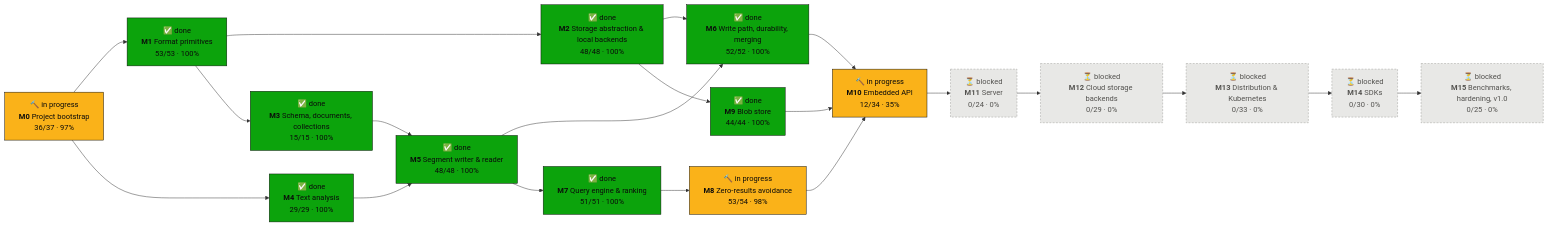
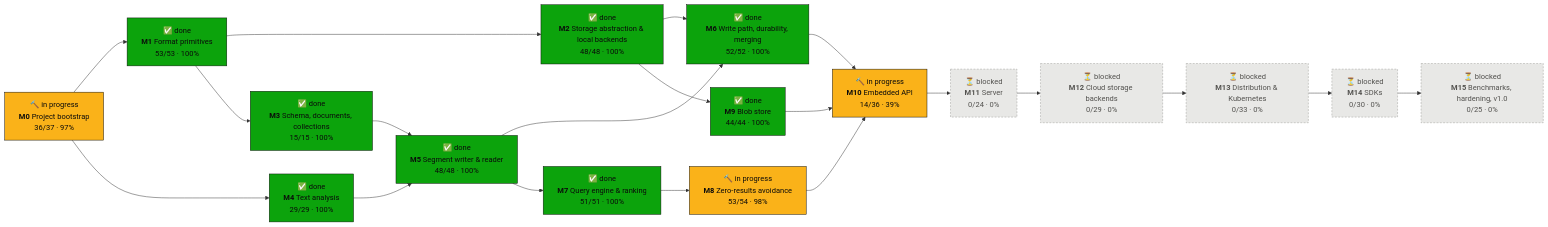
One commit to tomiok/persiaDB changed the first of 2 diagrams in PROGRESS.md. Above: the diagram before and after it, drawn with Mermaid. The commit also changed other lines of this file and 25 other files, not shown here.

First line of the commit message:
CLI: stats, compact, dump documents and bench (ROADMAP 10.4.1, 10.4.3) (#126)

````diff
--- a/PROGRESS.md
+++ b/PROGRESS.md
@@ -16,42 +16,42 @@
 ```mermaid
 flowchart LR
   M0["🔨 in progress<br/><b>M0</b> Project bootstrap<br/>36/37 · 97%"]:::doing
   M1["✅ done<br/><b>M1</b> Format primitives<br/>53/53 · 100%"]:::done
   M2["✅ done<br/><b>M2</b> Storage abstraction & local backends<br/>48/48 · 100%"]:::done
   M3["✅ done<br/><b>M3</b> Schema, documents, collections<br/>15/15 · 100%"]:::done
   M4["✅ done<br/><b>M4</b> Text analysis<br/>29/29 · 100%"]:::done
   M5["✅ done<br/><b>M5</b> Segment writer & reader<br/>48/48 · 100%"]:::done
   M6["✅ done<br/><b>M6</b> Write path, durability, merging<br/>52/52 · 100%"]:::done
   M7["✅ done<br/><b>M7</b> Query engine & ranking<br/>51/51 · 100%"]:::done
   M8["🔨 in progress<br/><b>M8</b> Zero-results avoidance<br/>53/54 · 98%"]:::doing
   M9["✅ done<br/><b>M9</b> Blob store<br/>44/44 · 100%"]:::done
-  M10["🔨 in progress<br/><b>M10</b> Embedded API<br/>12/34 · 35%"]:::doing
+  M10["🔨 in progress<br/><b>M10</b> Embedded API<br/>14/36 · 39%"]:::doing
   M11["⏳ blocked<br/><b>M11</b> Server<br/>0/24 · 0%"]:::blocked
   M12["⏳ blocked<br/><b>M12</b> Cloud storage backends<br/>0/29 · 0%"]:::blocked
   M13["⏳ blocked<br/><b>M13</b> Distribution & Kubernetes<br/>0/33 · 0%"]:::blocked
   M14["⏳ blocked<br/><b>M14</b> SDKs<br/>0/30 · 0%"]:::blocked
   M15["⏳ blocked<br/><b>M15</b> Benchmarks, hardening, v1.0<br/>0/25 · 0%"]:::blocked
   M0 --> M1
   M1 --> M2
   M1 --> M3
   M0 --> M4
   M3 --> M5
   M4 --> M5
   M2 --> M6
   M5 --> M6
   M5 --> M7
   M7 --> M8
   M2 --> M9
   M6 --> M10
   M8 --> M10
   M9 --> M10
   M10 --> M11
   M11 --> M12
   M12 --> M13
   M13 --> M14
   M14 --> M15
   classDef done fill:#0ca30c,stroke:#0b0b0b,color:#0b0b0b
   classDef doing fill:#fab219,stroke:#0b0b0b,color:#0b0b0b
   classDef ready fill:#fcfcfb,stroke:#0b0b0b,stroke-width:2px,color:#0b0b0b
   classDef blocked fill:#e8e8e6,stroke:#9a9a96,stroke-dasharray:4 3,color:#52514e
 ```
````
